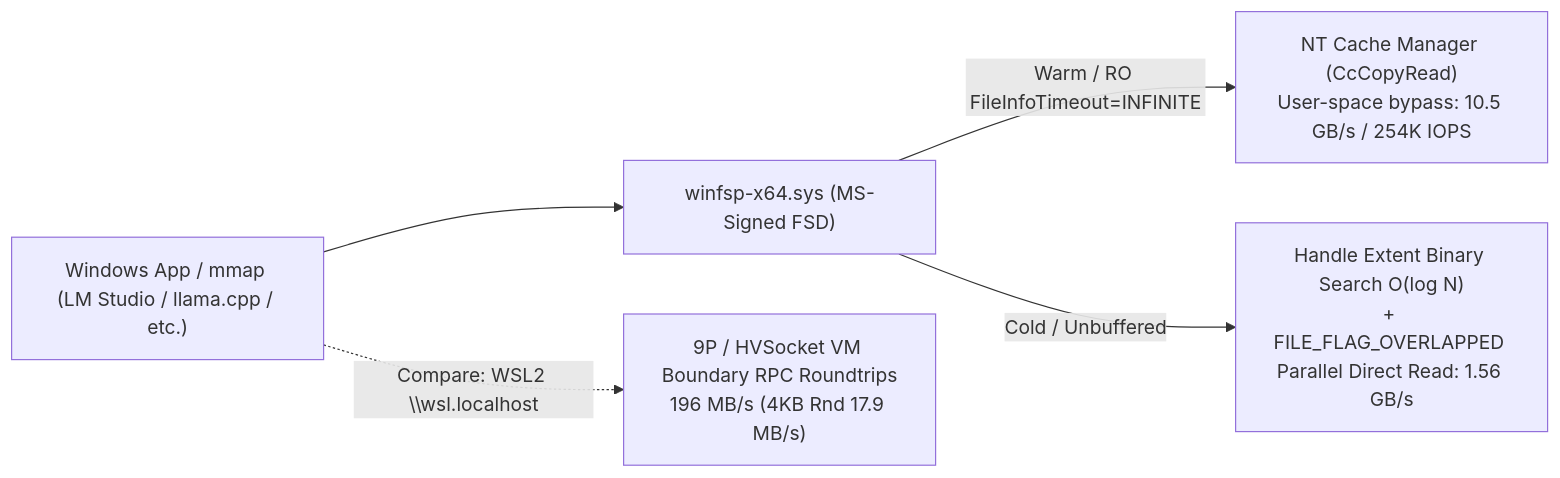
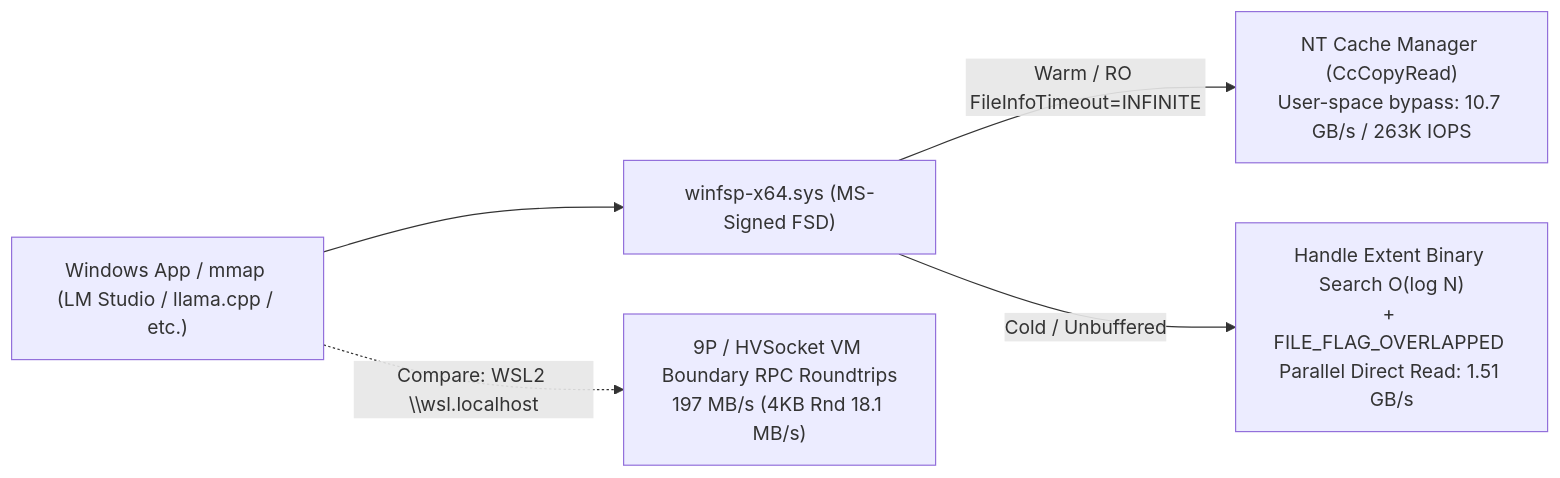
The diagram in README.md (totatake/ZeroExt), drawn with Mermaid before and after one commit. The commit also changed other lines of this file and 15 other files, not shown here.

````diff
--- a/README.md
+++ b/README.md
@@ -20,7 +20,7 @@
 ```mermaid
 flowchart LR
     App["Windows App / mmap (LM Studio / llama.cpp / etc.)"] --> Sys["winfsp-x64.sys (MS-Signed FSD)"]
-    Sys -->|"Warm / RO FileInfoTimeout=INFINITE"| Hot["NT Cache Manager (CcCopyRead)\nUser-space bypass: 10.5 GB/s / 254K IOPS"]
-    Sys -->|"Cold / Unbuffered"| Cold["Handle Extent Binary Search O(log N)\n+ FILE_FLAG_OVERLAPPED Parallel Direct Read: 1.56 GB/s"]
-    App -.->|"Compare: WSL2 \\wsl.localhost"| Slow["9P / HVSocket VM Boundary RPC Roundtrips\n196 MB/s (4KB Rnd 17.9 MB/s)"]
+    Sys -->|"Warm / RO FileInfoTimeout=INFINITE"| Hot["NT Cache Manager (CcCopyRead)\nUser-space bypass: 10.7 GB/s / 263K IOPS"]
+    Sys -->|"Cold / Unbuffered"| Cold["Handle Extent Binary Search O(log N)\n+ FILE_FLAG_OVERLAPPED Parallel Direct Read: 1.51 GB/s"]
+    App -.->|"Compare: WSL2 \\wsl.localhost"| Slow["9P / HVSocket VM Boundary RPC Roundtrips\n197 MB/s (4KB Rnd 18.1 MB/s)"]
 ```
````
